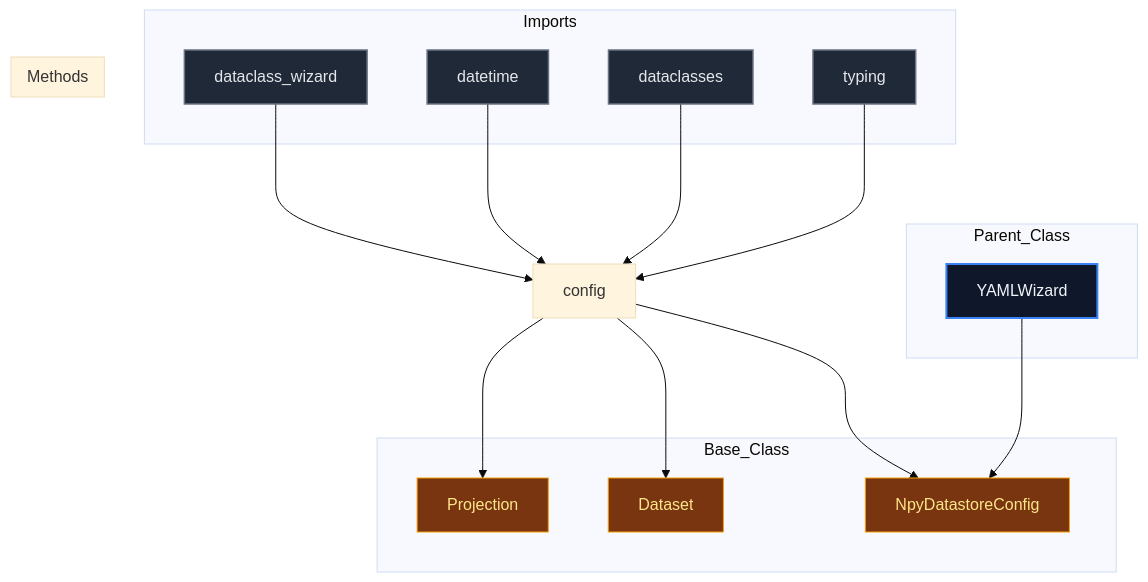
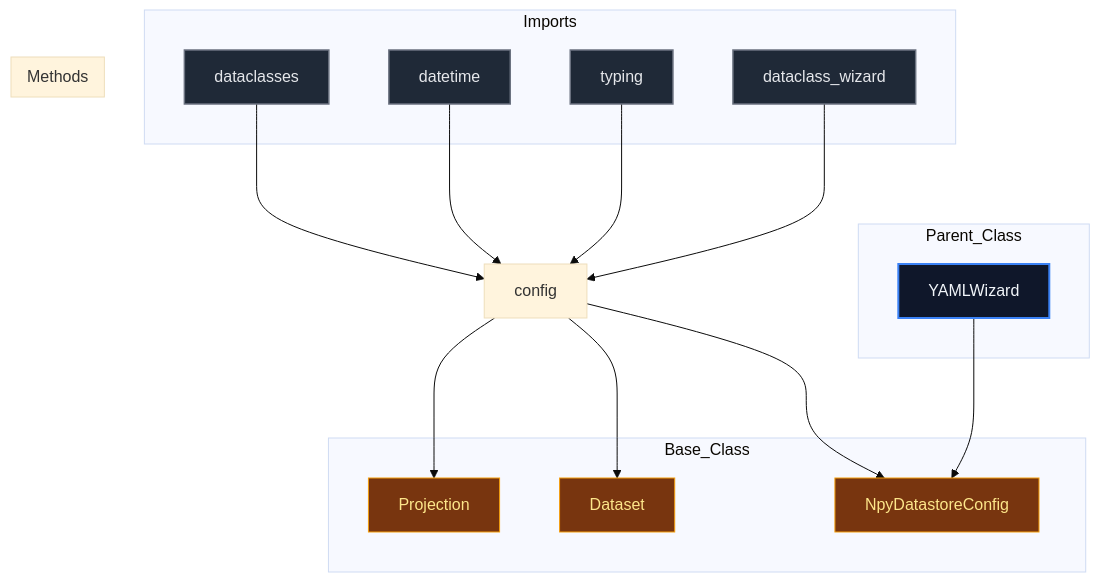
The diagram in docs/diagrams/config_diagram.md (mllam/neural-lam), drawn with Mermaid (base theme) before and after one commit. The commit also changed 19 other files, not shown here.

Commit message:
Auto-update Mermaid diagrams

````diff
--- a/docs/diagrams/config_diagram.md
+++ b/docs/diagrams/config_diagram.md
@@ -1,47 +1,47 @@
 ```mermaid
 %%{init: {'flowchart': {'nodeSpacing': 60, 'rankSpacing': 80}}}%%
 flowchart TD
 
 module["config"]
 
 subgraph Parent_Class
     YAMLWizard["YAMLWizard"]
 end
 
 subgraph Base_Class
     Projection["Projection"]
     Dataset["Dataset"]
     NpyDatastoreConfig["NpyDatastoreConfig"]
 end
 
     YAMLWizard --> NpyDatastoreConfig
 
 subgraph Imports
+    dataclass_wizard["dataclass_wizard"]
     typing["typing"]
+    datetime["datetime"]
     dataclasses["dataclasses"]
-    datetime["datetime"]
-    dataclass_wizard["dataclass_wizard"]
 end
 
+    dataclass_wizard --> module
     typing --> module
+    datetime --> module
     dataclasses --> module
-    datetime --> module
-    dataclass_wizard --> module
     module --> Projection
     module --> Dataset
     module --> NpyDatastoreConfig
 
 subgraph Methods
 end
 
 
 classDef parent fill:#0f172a,stroke:#3b82f6,stroke-width:2px,color:#f1f5f9,font-size:16px
 classDef base fill:#78350f,stroke:#f59e0b,stroke-width:1px,color:#fde68a,font-size:16px
 classDef import fill:#1f2937,stroke:#6b7280,stroke-width:1.5px,color:#e5e7eb,font-size:16px
 classDef method fill:#2d043f,stroke:#7c3aed,stroke-width:1.5px,color:#ede9fe,font-size:16px
 classDef callNode fill:#064e3b,stroke:#10b981,stroke-width:1.5px,color:#d1fae5,font-size:16px
 class YAMLWizard parent
 class Projection,Dataset,NpyDatastoreConfig base
-class typing,dataclasses,datetime,dataclass_wizard import
+class dataclass_wizard,typing,datetime,dataclasses import
 
 ```
````
